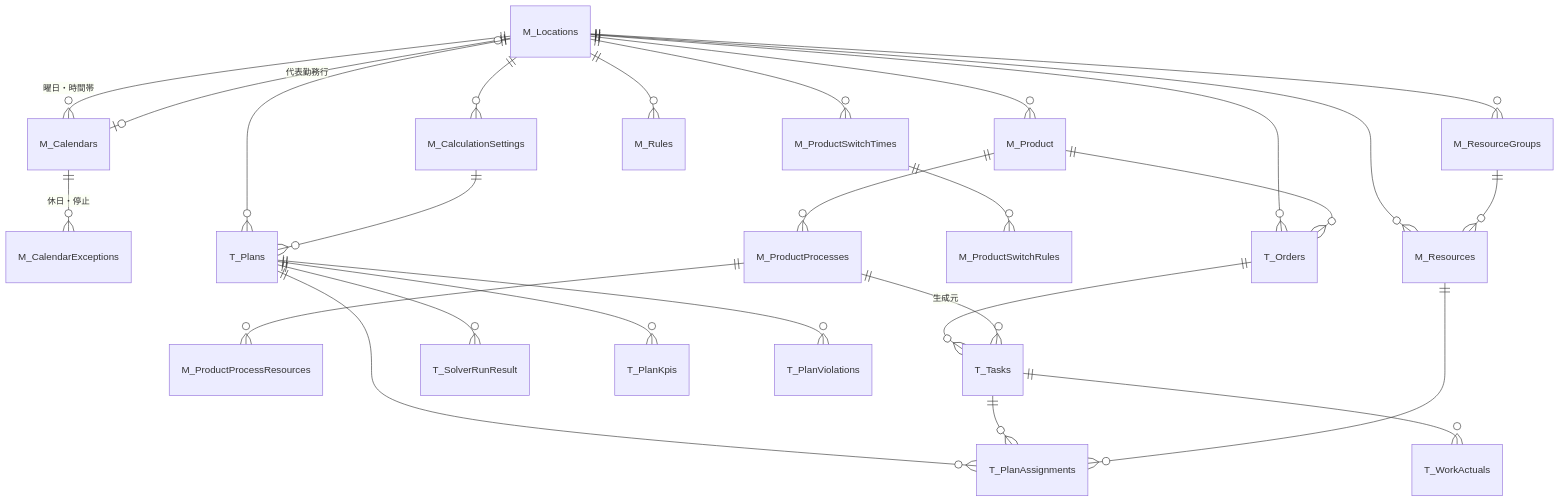
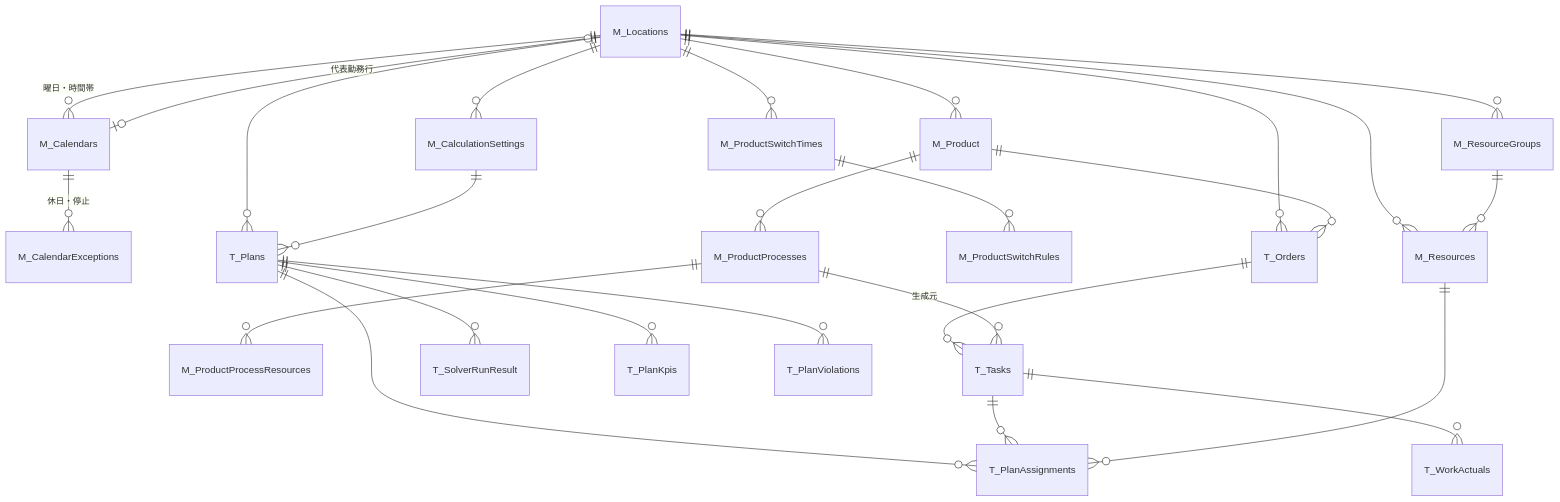
The fourth of 4 diagrams in docs/SYSTEM_OVERVIEW.md (tds-dev/TONOPS-SCH-backend), drawn with Mermaid before and after one commit. The commit also changed other lines of this file and 38 other files, not shown here.

````diff
--- a/docs/SYSTEM_OVERVIEW.md
+++ b/docs/SYSTEM_OVERVIEW.md
@@ -290,29 +290,28 @@
 ```mermaid
 erDiagram
   M_Locations ||--o{ M_Calendars : "曜日・時間帯"
   M_Calendars |o--o| M_Locations : "代表勤務行"
   M_Calendars ||--o{ M_CalendarExceptions : "休日・停止"
   M_Locations ||--o{ M_ResourceGroups : ""
   M_Locations ||--o{ M_Resources : ""
   M_ResourceGroups ||--o{ M_Resources : ""
     M_Locations ||--o{ M_Product : ""
   M_Product ||--o{ M_ProductProcesses : ""
   M_ProductProcesses ||--o{ M_ProductProcessResources : ""
-  M_Locations ||--o{ M_Rules : ""
   M_Locations ||--o{ M_ProductSwitchTimes : ""
   M_ProductSwitchTimes ||--o{ M_ProductSwitchRules : ""
   M_Locations ||--o{ M_CalculationSettings : ""
   M_Locations ||--o{ T_Orders : ""
   M_Product ||--o{ T_Orders : ""
   T_Orders ||--o{ T_Tasks : ""
   M_ProductProcesses ||--o{ T_Tasks : "生成元"
   M_Locations ||--o{ T_Plans : ""
   M_CalculationSettings ||--o{ T_Plans : ""
   T_Plans ||--o{ T_PlanAssignments : ""
   T_Tasks ||--o{ T_PlanAssignments : ""
   M_Resources ||--o{ T_PlanAssignments : ""
   T_Plans ||--o{ T_SolverRunResult : ""
   T_Plans ||--o{ T_PlanKpis : ""
   T_Plans ||--o{ T_PlanViolations : ""
   T_Tasks ||--o{ T_WorkActuals : ""
 ```
````
